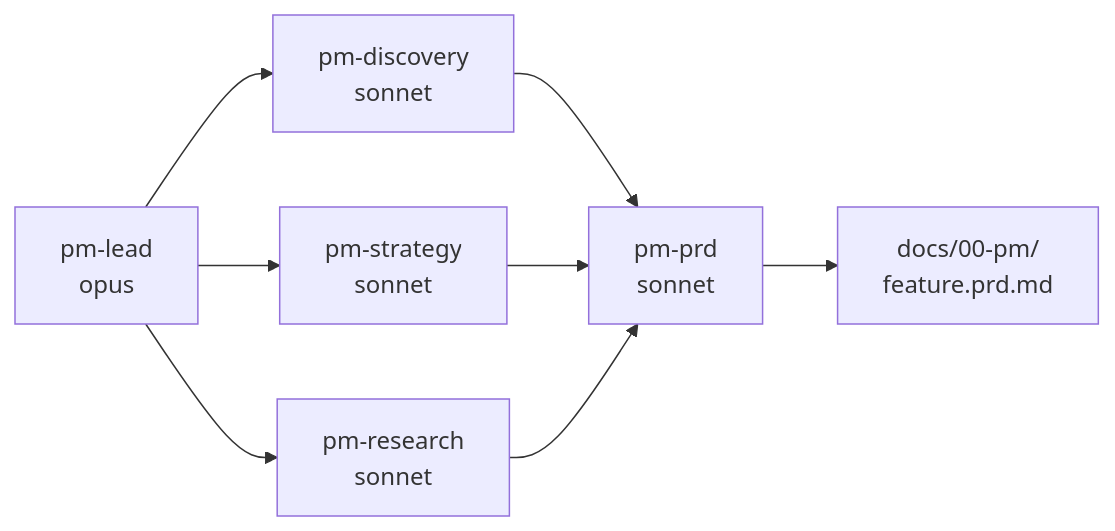
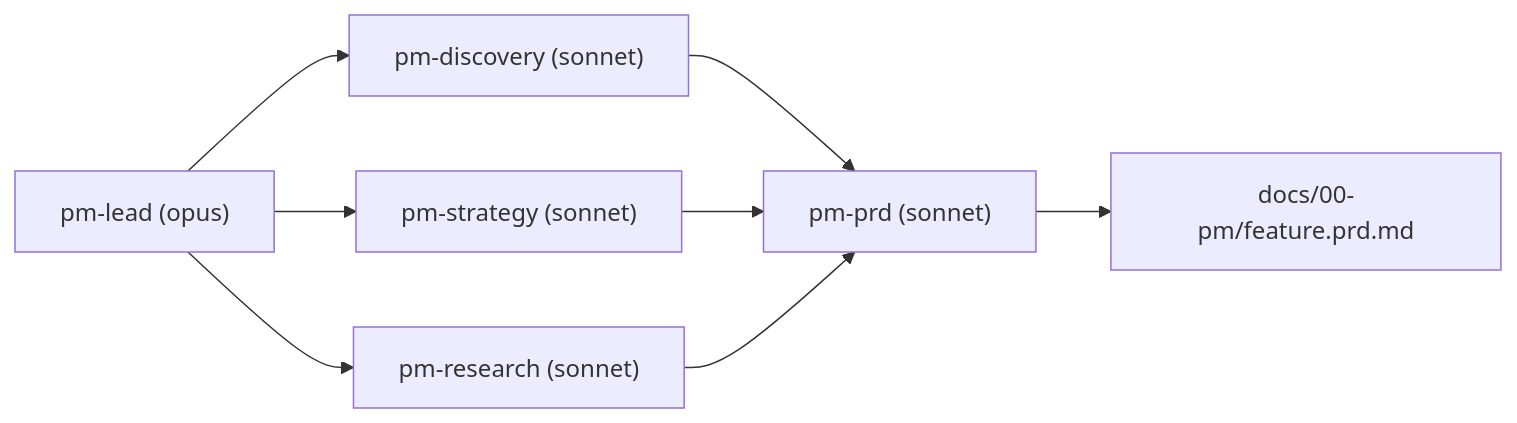
Before and after one commit to Stars1233/bkit-claude-code: the fifth of 10 diagrams in README-FULL.md, drawn with Mermaid. The commit also changed other lines of this file and 1 other file, not shown here.

````diff
--- a/README-FULL.md
+++ b/README-FULL.md
@@ -363,10 +336,10 @@
 ```mermaid
 flowchart LR
-    PM[pm-lead<br/>opus] --> D[pm-discovery<br/>sonnet]
-    PM --> S[pm-strategy<br/>sonnet]
-    PM --> R[pm-research<br/>sonnet]
-    D --> PRD[pm-prd<br/>sonnet]
+    PM["pm-lead (opus)"] --> D["pm-discovery (sonnet)"]
+    PM --> S["pm-strategy (sonnet)"]
+    PM --> R["pm-research (sonnet)"]
+    D --> PRD["pm-prd (sonnet)"]
     S --> PRD
     R --> PRD
-    PRD --> Out[docs/00-pm/<br/>feature.prd.md]
+    PRD --> Out["docs/00-pm/feature.prd.md"]
 ```
````
